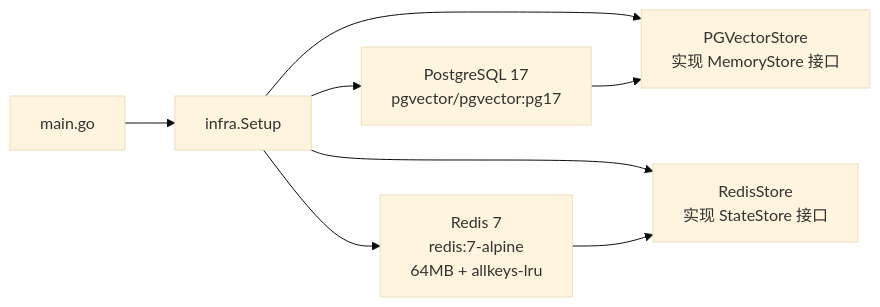
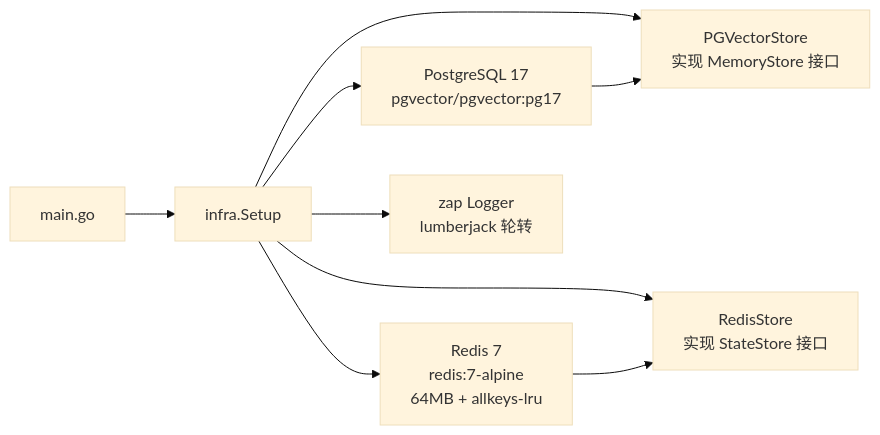
The seventh of 8 diagrams in docs/architecture.md (Airiseina/lanmei-dream), drawn with Mermaid (base theme) before and after one commit. The commit also changed other lines of this file and 45 other files, not shown here.

````diff
--- a/docs/architecture.md
+++ b/docs/architecture.md
@@ -167,10 +324,11 @@
 ```mermaid
 graph LR
     Main[main.go] --> Infra[infra.Setup]
     Infra --> PG[PostgreSQL 17<br/>pgvector/pgvector:pg17]
     Infra --> RD[Redis 7<br/>redis:7-alpine<br/>64MB + allkeys-lru]
     Infra --> PV[PGVectorStore<br/>实现 MemoryStore 接口]
     Infra --> RS[RedisStore<br/>实现 StateStore 接口]
+    Infra --> Logger[zap Logger<br/>lumberjack 轮转]
     PG --> PV
     RD --> RS
 ```
````
